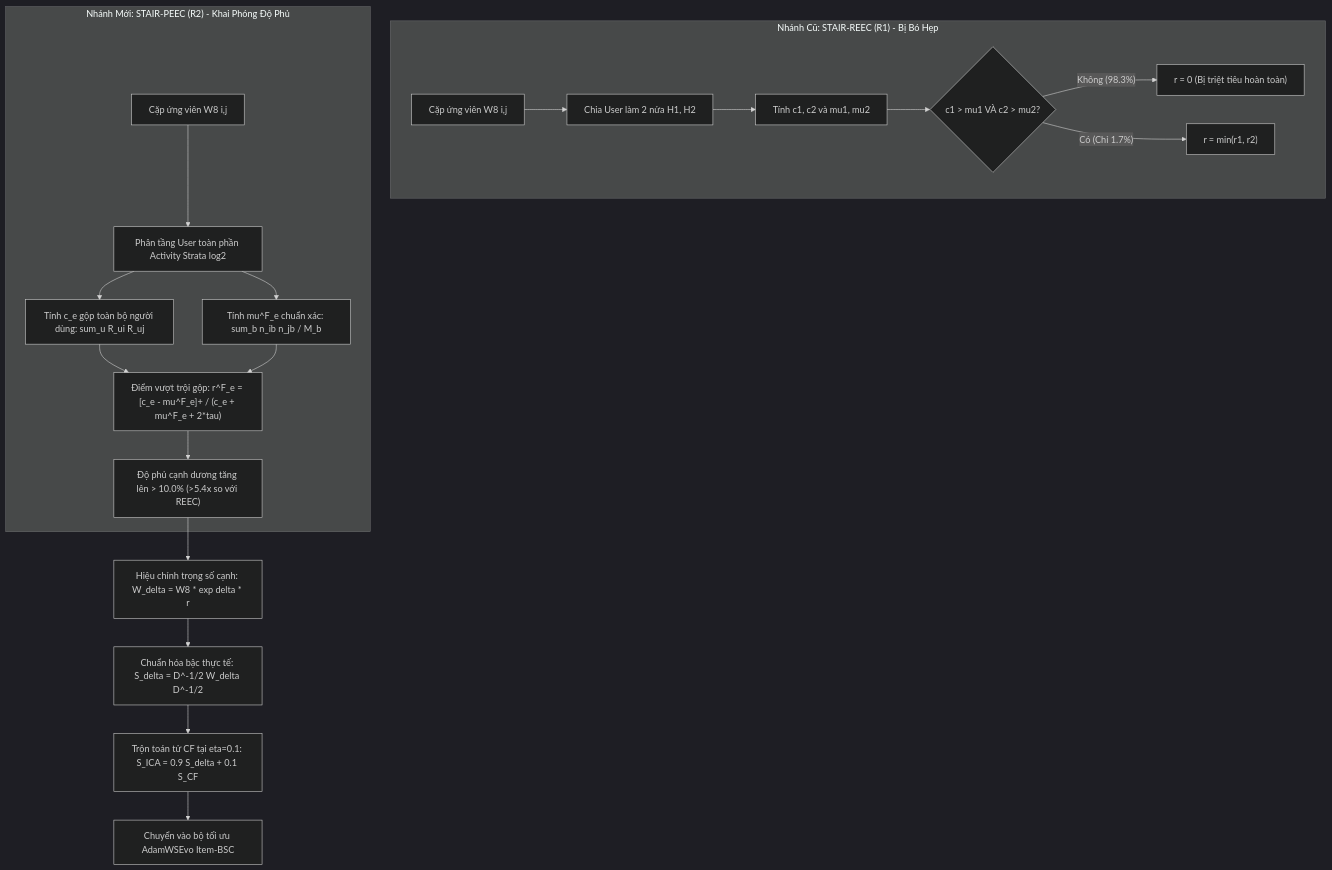
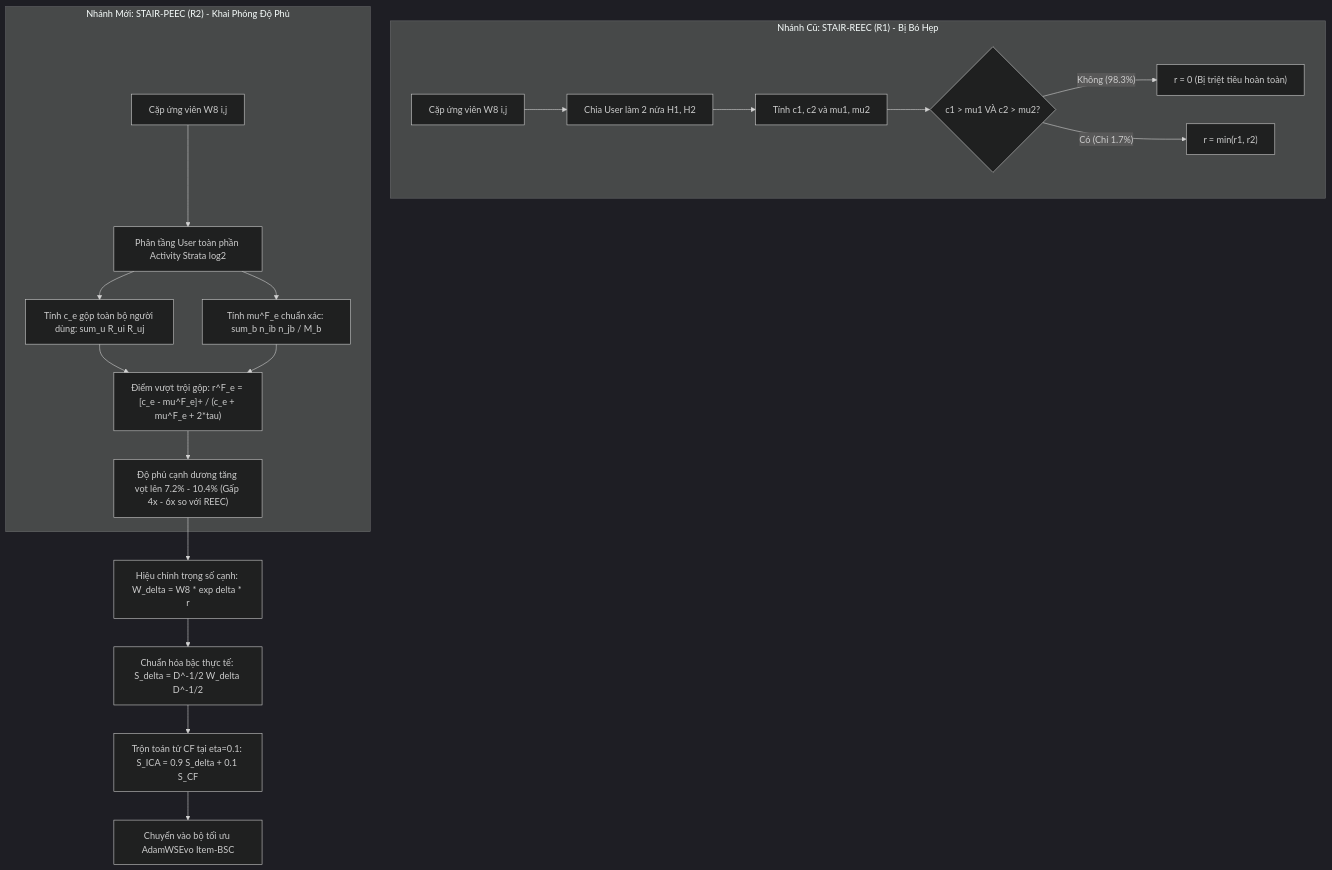
Before and after one commit to ThanhChuong12/STAIR-Enhanced: the diagram in docs/giai_doan_6/STAIR-PEEC_Experiment.md, drawn with Mermaid (dark theme). The commit also changed other lines of this file and 22 other files, not shown here.

````diff
--- a/docs/giai_doan_6/STAIR-PEEC_Experiment.md
+++ b/docs/giai_doan_6/STAIR-PEEC_Experiment.md
@@ -119,24 +133,24 @@
 ```mermaid
 flowchart TD
     subgraph REEC_R1["Nhánh Cũ: STAIR-REEC (R1) - Bị Bó Hẹp"]
         A1[Cặp ứng viên W8 i,j] --> B1[Chia User làm 2 nửa H1, H2]
         B1 --> C1[Tính c1, c2 và mu1, mu2]
         C1 --> D1{c1 > mu1 VÀ c2 > mu2?}
         D1 -- "Không (98.3%)" --> E1["r = 0 (Bị triệt tiêu hoàn toàn)"]
         D1 -- "Có (Chỉ 1.7%)" --> F1["r = min(r1, r2)"]
     end
 
     subgraph PEEC_R2["Nhánh Mới: STAIR-PEEC (R2) - Khai Phóng Độ Phủ"]
         A2[Cặp ứng viên W8 i,j] --> B2[Phân tầng User toàn phần Activity Strata log2]
         B2 --> C2["Tính c_e gộp toàn bộ người dùng: sum_u R_ui R_uj"]
         B2 --> D2["Tính mu^F_e chuẩn xác: sum_b n_ib n_jb / M_b"]
         C2 --> E2["Điểm vượt trội gộp: r^F_e = [c_e - mu^F_e]+ / (c_e + mu^F_e + 2*tau)"]
         D2 --> E2
-        E2 --> F2["Độ phủ cạnh dương tăng lên > 10.0% (>5.4x so với REEC)"]
+        E2 --> F2["Độ phủ cạnh dương tăng vọt lên 7.2% - 10.4% (Gấp 4x - 6x so với REEC)"]
     end
 
     F2 --> G[Hiệu chỉnh trọng số cạnh: W_delta = W8 * exp delta * r]
     G --> H[Chuẩn hóa bậc thực tế: S_delta = D^-1/2 W_delta D^-1/2]
     H --> I[Trộn toán tử CF tại eta=0.1: S_ICA = 0.9 S_delta + 0.1 S_CF]
     I --> J[Chuyển vào bộ tối ưu AdamWSEvo Item-BSC]
 ```
````
